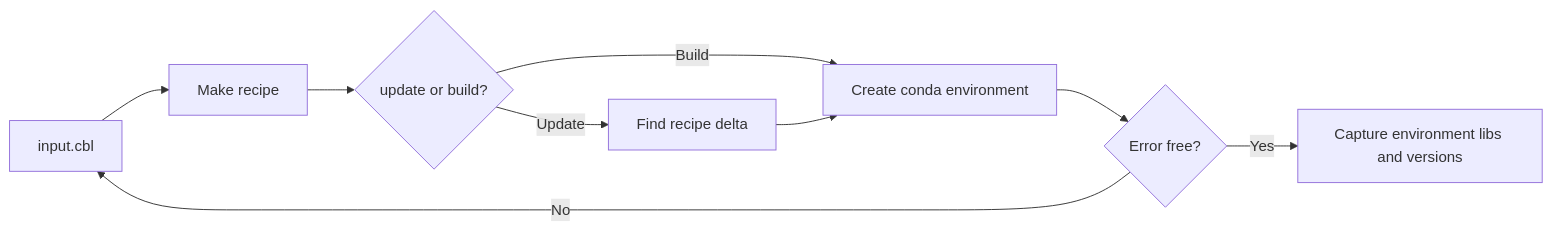
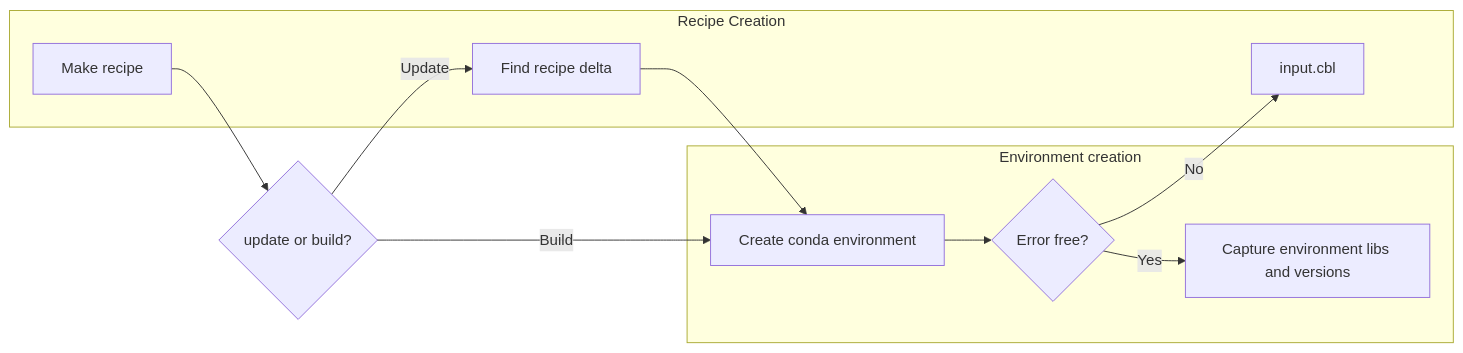
The first of 2 diagrams in docs/overview.md (coble-tools/coble), drawn with Mermaid before and after one commit. The commit also changed other lines of this file, not shown here.

Commit message:
flowchart

````diff
--- a/docs/overview.md
+++ b/docs/overview.md
@@ -5,11 +5,20 @@
 ```mermaid
 flowchart LR
-	INP[input.cbl] --> REC[Make recipe]
+	subgraph "Recipe Creation"
+	    INP[input.cbl]
+		REC[Make recipe]
+		DLT[Find recipe delta]
+	end
+	subgraph "Environment creation"
+        CRE[Create conda environment]
+		ERR{Error free?}
+		CAP[Capture environment libs and versions]	
+	end
 	REC --> UPD_BLD{update or build?}
-	UPD_BLD -- Update --> DLT[Find recipe delta]
-	UPD_BLD -- Build --> CRE[Create conda environment]
+	UPD_BLD -- Update --> DLT
+	UPD_BLD -- Build --> CRE
 	DLT --> CRE	
-	CRE --> ERR{Error free?}
+	CRE --> ERR
 	ERR -- No --> INP
-	ERR -- Yes --> CAP[Capture environment libs and versions]	
+	ERR -- Yes --> CAP
 ```
````
